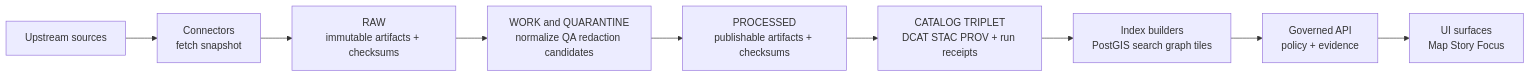
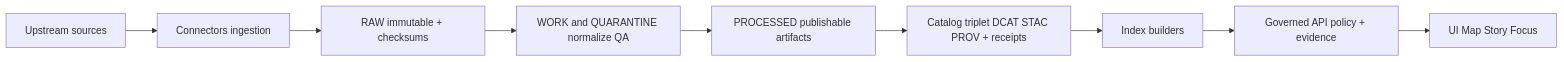
The second of 2 diagrams in apps/api/src/api/README.md (bartytime4life/Kansas-Frontier-Matrix), drawn with Mermaid before and after one commit. The commit also changed other lines of this file, not shown here.

First line of the commit message:
Revise README for KFM Governed API module

````diff
--- a/apps/api/src/api/README.md
+++ b/apps/api/src/api/README.md
@@ -110,11 +145,11 @@
 ```mermaid
 flowchart LR
-  U[Upstream sources] --> K[Connectors\nfetch snapshot]
-  K --> RAW[RAW\nimmutable artifacts + checksums]
-  RAW --> WORK[WORK and QUARANTINE\nnormalize QA redaction candidates]
-  WORK --> PROC[PROCESSED\npublishable artifacts + checksums]
-  PROC --> CAT[CATALOG TRIPLET\nDCAT STAC PROV + run receipts]
-  CAT --> IDX[Index builders\nPostGIS search graph tiles]
-  IDX --> API[Governed API\npolicy + evidence]
-  API --> UI[UI surfaces\nMap Story Focus]
+  U[Upstream sources] --> IN[Connectors ingestion]
+  IN --> RAW[RAW immutable + checksums]
+  RAW --> WORK[WORK and QUARANTINE normalize QA]
+  WORK --> PROC[PROCESSED publishable artifacts]
+  PROC --> CAT[Catalog triplet DCAT STAC PROV + receipts]
+  CAT --> PROJ[Index builders]
+  PROJ --> API[Governed API policy + evidence]
+  API --> UI[UI Map Story Focus]
 ```
````
